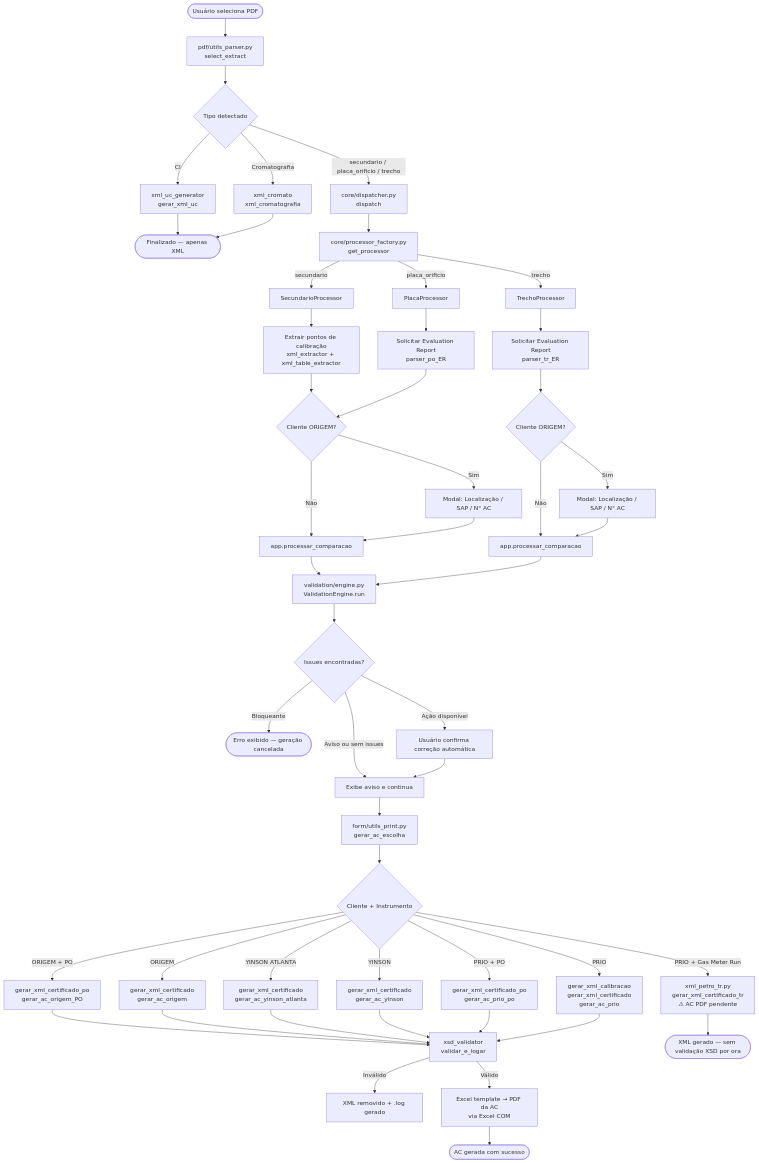
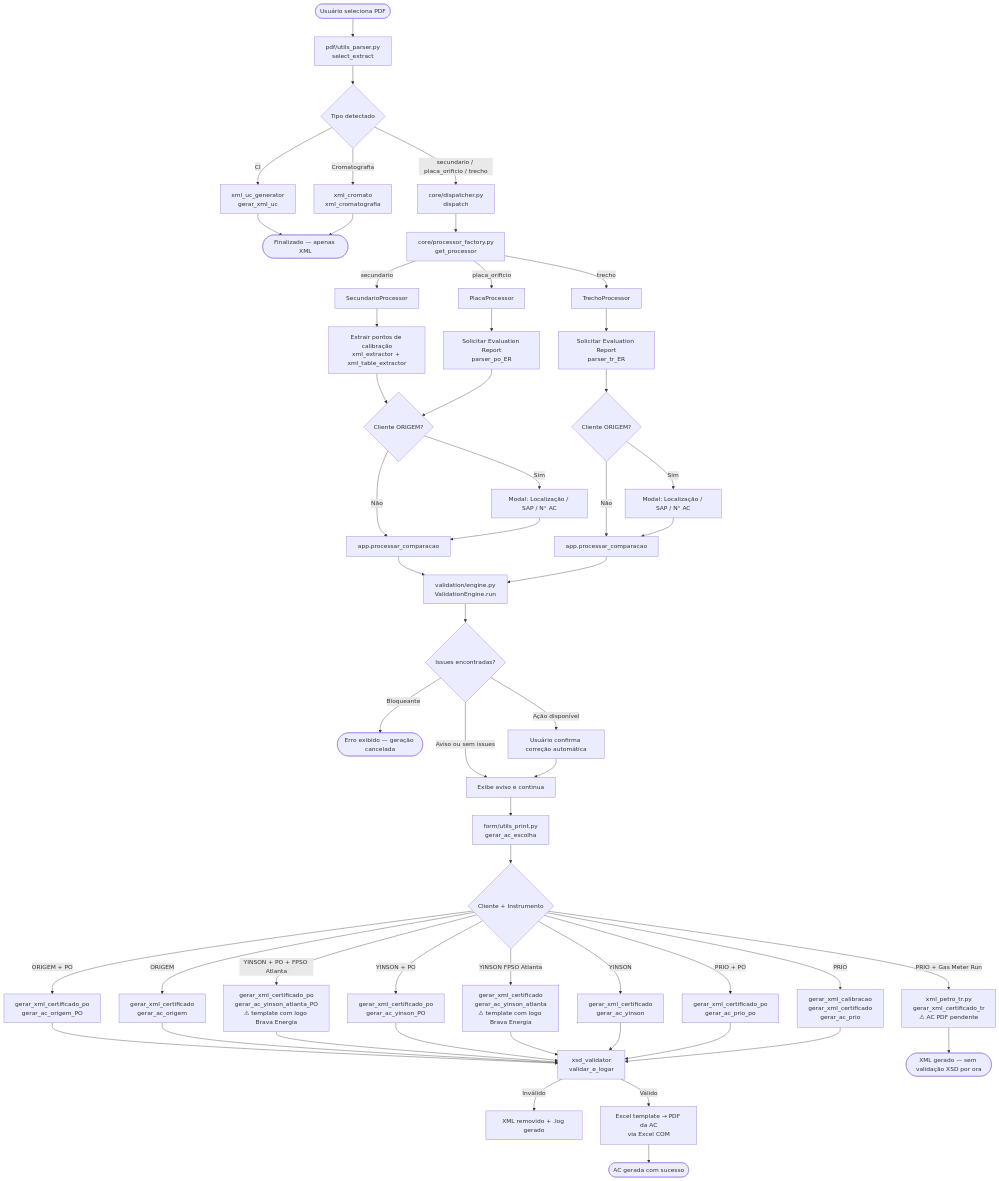
The first of 4 diagrams in DOCUMENTACAO.md (1998-sys/AC-s_app), drawn with Mermaid before and after one commit. The commit also changed other lines of this file and 11 other files, not shown here.

````diff
--- a/DOCUMENTACAO.md
+++ b/DOCUMENTACAO.md
@@ -80,69 +82,73 @@
 ```mermaid
 flowchart TD
     A([Usuário seleciona PDF]) --> B[pdf/utils_parser.py\nselect_extract]
     B --> C{Tipo detectado}
 
     C -->|CI| D[xml_uc_generator\ngerar_xml_uc]
     C -->|Cromatografia| E[xml_cromato\nxml_cromatografia]
     C -->|secundario / placa_orificio / trecho| F[core/dispatcher.py\ndispatch]
 
     D --> Z([Finalizado — apenas XML])
     E --> Z
 
     F --> G[core/processor_factory.py\nget_processor]
 
     G -->|secundario| H[SecundarioProcessor]
     G -->|placa_orificio| I[PlacaProcessor]
     G -->|trecho| TR[TrechoProcessor]
 
     H --> J[Extrair pontos de calibração\nxml_extractor + xml_table_extractor]
     I --> K[Solicitar Evaluation Report\nparser_po_ER]
     TR --> TRK[Solicitar Evaluation Report\nparser_tr_ER]
 
     J --> L{Cliente ORIGEM?}
     K --> L
     TRK --> TRL{Cliente ORIGEM?}
 
     L -->|Sim| M[Modal: Localização / SAP / N° AC]
     L -->|Não| N[app.processar_comparacao]
     M --> N
 
     TRL -->|Sim| TRM[Modal: Localização / SAP / N° AC]
     TRL -->|Não| TRN[app.processar_comparacao]
     TRM --> TRN
 
     N --> O[validation/engine.py\nValidationEngine.run]
     TRN --> O
 
     O --> P{Issues encontradas?}
 
     P -->|Bloqueante| Q([Erro exibido — geração cancelada])
     P -->|Ação disponível| R[Usuário confirma correção automática]
     P -->|Aviso ou sem issues| S[Exibe aviso e continua]
     R --> S
     S --> T[form/utils_print.py\ngerar_ac_escolha]
 
     T --> U{Cliente + Instrumento}
 
     U -->|ORIGEM + PO| V[gerar_xml_certificado_po\ngerar_ac_origem_PO]
     U -->|ORIGEM| W[gerar_xml_certificado\ngerar_ac_origem]
-    U -->|YINSON ATLANTA| X1[gerar_xml_certificado\ngerar_ac_yinson_atlanta]
+    U -->|YINSON + PO + FPSO Atlanta| XAP[gerar_xml_certificado_po\ngerar_ac_yinson_atlanta_PO\n⚠ template com logo Brava Energia]
+    U -->|YINSON + PO| XP[gerar_xml_certificado_po\ngerar_ac_yinson_PO]
+    U -->|YINSON FPSO Atlanta| X1[gerar_xml_certificado\ngerar_ac_yinson_atlanta\n⚠ template com logo Brava Energia]
     U -->|YINSON| X2[gerar_xml_certificado\ngerar_ac_yinson]
     U -->|PRIO + PO| Y[gerar_xml_certificado_po\ngerar_ac_prio_po]
     U -->|PRIO + Gas Meter Run| TR2[xml_petro_tr.py\ngerar_xml_certificado_tr\n⚠ AC PDF pendente]
     U -->|PRIO| Z2[gerar_xml_calibracao\ngerar_xml_certificado\ngerar_ac_prio]
 
     V --> VAL[xsd_validator\nvalidar_e_logar]
     W --> VAL
+    XAP --> VAL
+    XP --> VAL
     X1 --> VAL
     X2 --> VAL
     Y --> VAL
     Z2 --> VAL
 
     TR2 --> TRFIM([XML gerado — sem validação XSD por ora])
 
     VAL -->|Inválido| ERR[XML removido + .log gerado]
     VAL -->|Válido| PDF[Excel template → PDF da AC\nvia Excel COM]
 
     PDF --> FIM([AC gerada com sucesso])
 ```
````
